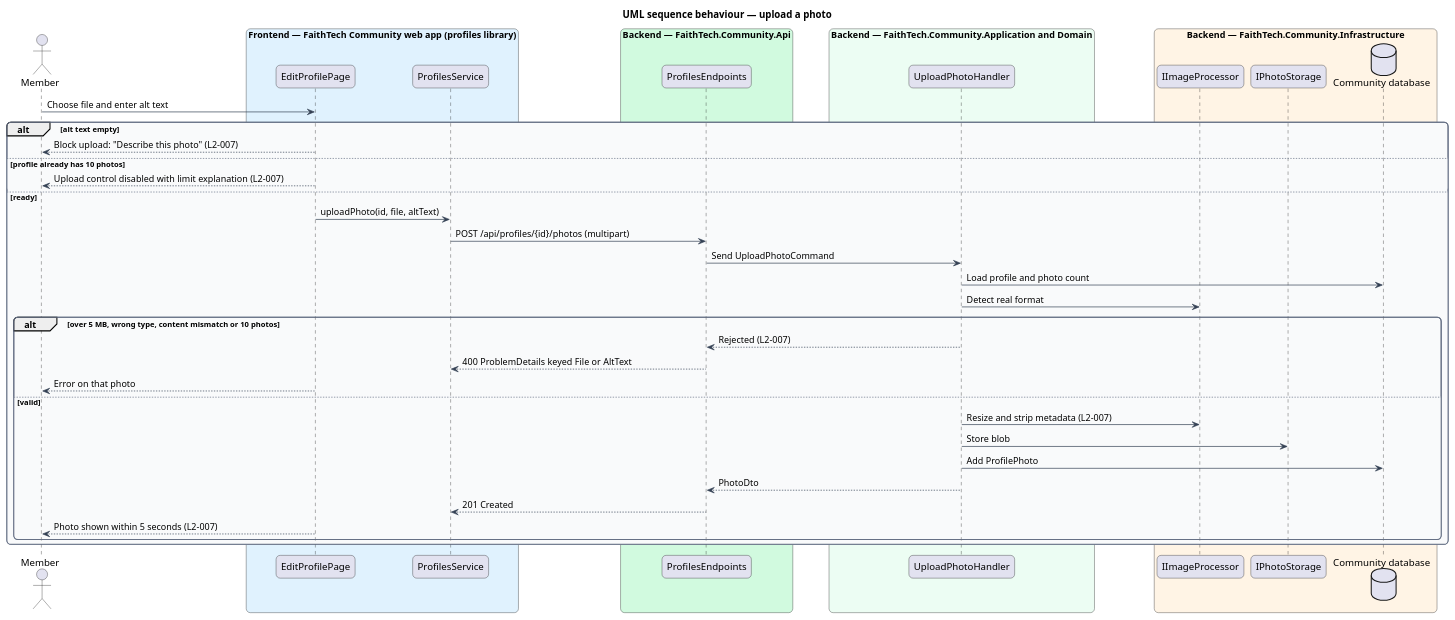
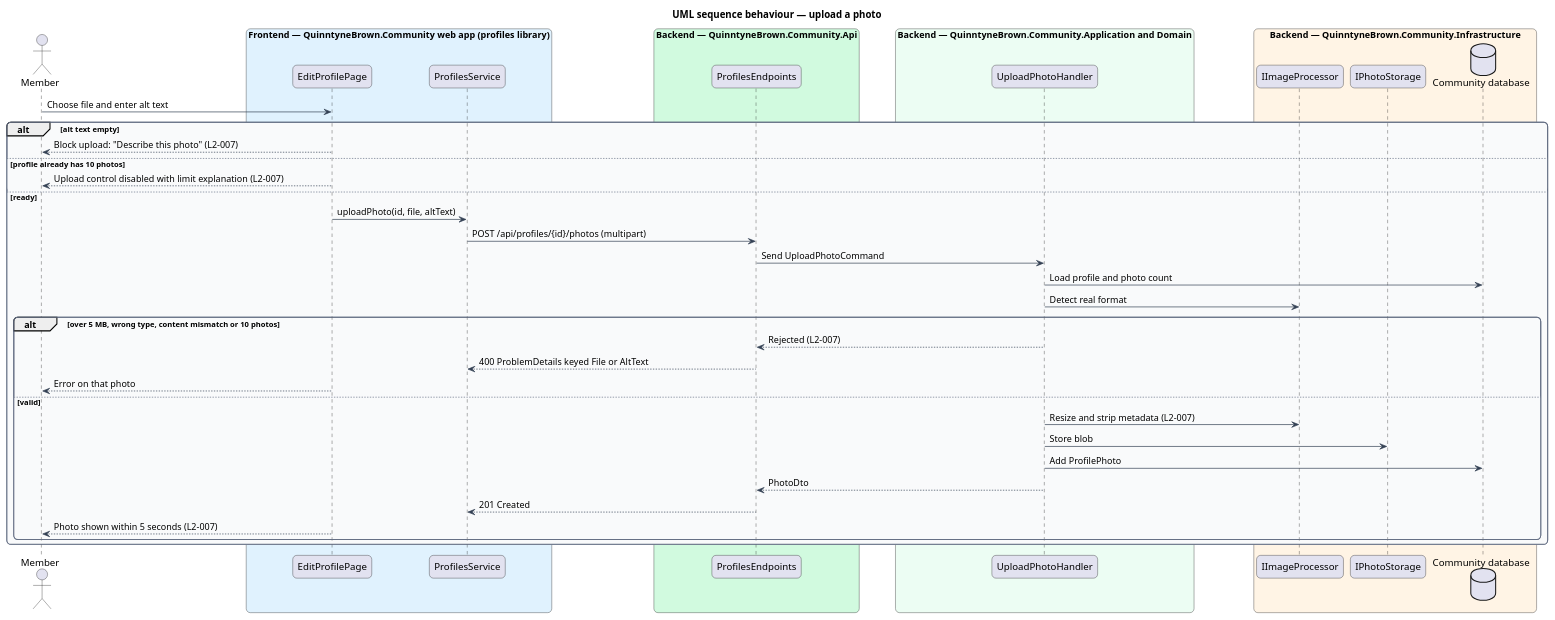
One commit to QuinntyneBrown/quinntyne-brown changed the diagram in docs/detailed-designs/profiles/manage-profile-photos/diagrams/sequence-upload-photo.puml. Above: the diagram before and after it, drawn with PlantUML. The commit also changed 1957 other files, not shown here.

First line of the commit message:
Rebrand to QuinntyneBrown.Community

```diff
--- a/docs/detailed-designs/profiles/manage-profile-photos/diagrams/sequence-upload-photo.puml
+++ b/docs/detailed-designs/profiles/manage-profile-photos/diagrams/sequence-upload-photo.puml
@@ -1,57 +1,57 @@
 @startuml
 title UML sequence behaviour — upload a photo
 skinparam backgroundColor #FFFFFF
 skinparam shadowing false
 skinparam roundcorner 12
 skinparam defaultFontName Arial
 skinparam ArrowColor #344054
 skinparam rectangle {
   BorderColor #344054
   FontColor #101828
 }
 skinparam package {
   BorderColor #667085
   FontColor #101828
   BackgroundColor #F9FAFB
 }
 actor "Member" as actor
-box "Frontend — FaithTech Community web app (profiles library)" #E0F2FE
+box "Frontend — QuinntyneBrown.Community web app (profiles library)" #E0F2FE
   participant "EditProfilePage" as page
   participant "ProfilesService" as client
 end box
-box "Backend — FaithTech.Community.Api" #D1FADF
+box "Backend — QuinntyneBrown.Community.Api" #D1FADF
   participant "ProfilesEndpoints" as ep
 end box
-box "Backend — FaithTech.Community.Application and Domain" #ECFDF3
+box "Backend — QuinntyneBrown.Community.Application and Domain" #ECFDF3
   participant "UploadPhotoHandler" as h
 end box
-box "Backend — FaithTech.Community.Infrastructure" #FFF4E5
+box "Backend — QuinntyneBrown.Community.Infrastructure" #FFF4E5
   participant "IImageProcessor" as ip
   participant "IPhotoStorage" as ps
   database "Community database" as db
 end box
 actor -> page : Choose file and enter alt text
 alt alt text empty
   page --> actor : Block upload: "Describe this photo" (L2-007)
 else profile already has 10 photos
   page --> actor : Upload control disabled with limit explanation (L2-007)
 else ready
   page -> client : uploadPhoto(id, file, altText)
   client -> ep : POST /api/profiles/{id}/photos (multipart)
   ep -> h : Send UploadPhotoCommand
   h -> db : Load profile and photo count
   h -> ip : Detect real format
   alt over 5 MB, wrong type, content mismatch or 10 photos
     h --> ep : Rejected (L2-007)
     ep --> client : 400 ProblemDetails keyed File or AltText
     page --> actor : Error on that photo
   else valid
     h -> ip : Resize and strip metadata (L2-007)
     h -> ps : Store blob
     h -> db : Add ProfilePhoto
     h --> ep : PhotoDto
     ep --> client : 201 Created
     page --> actor : Photo shown within 5 seconds (L2-007)
   end
 end
 @enduml
```
